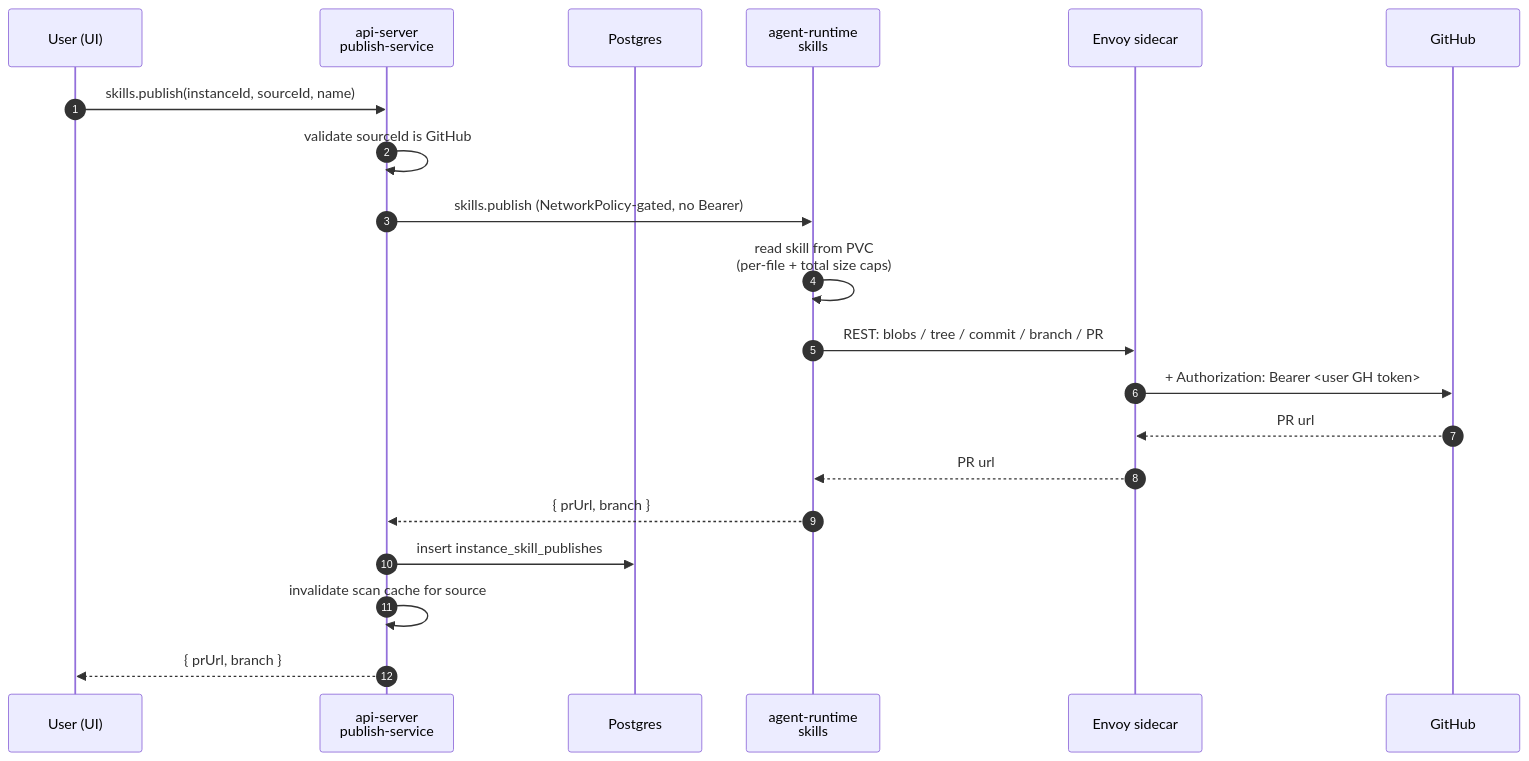
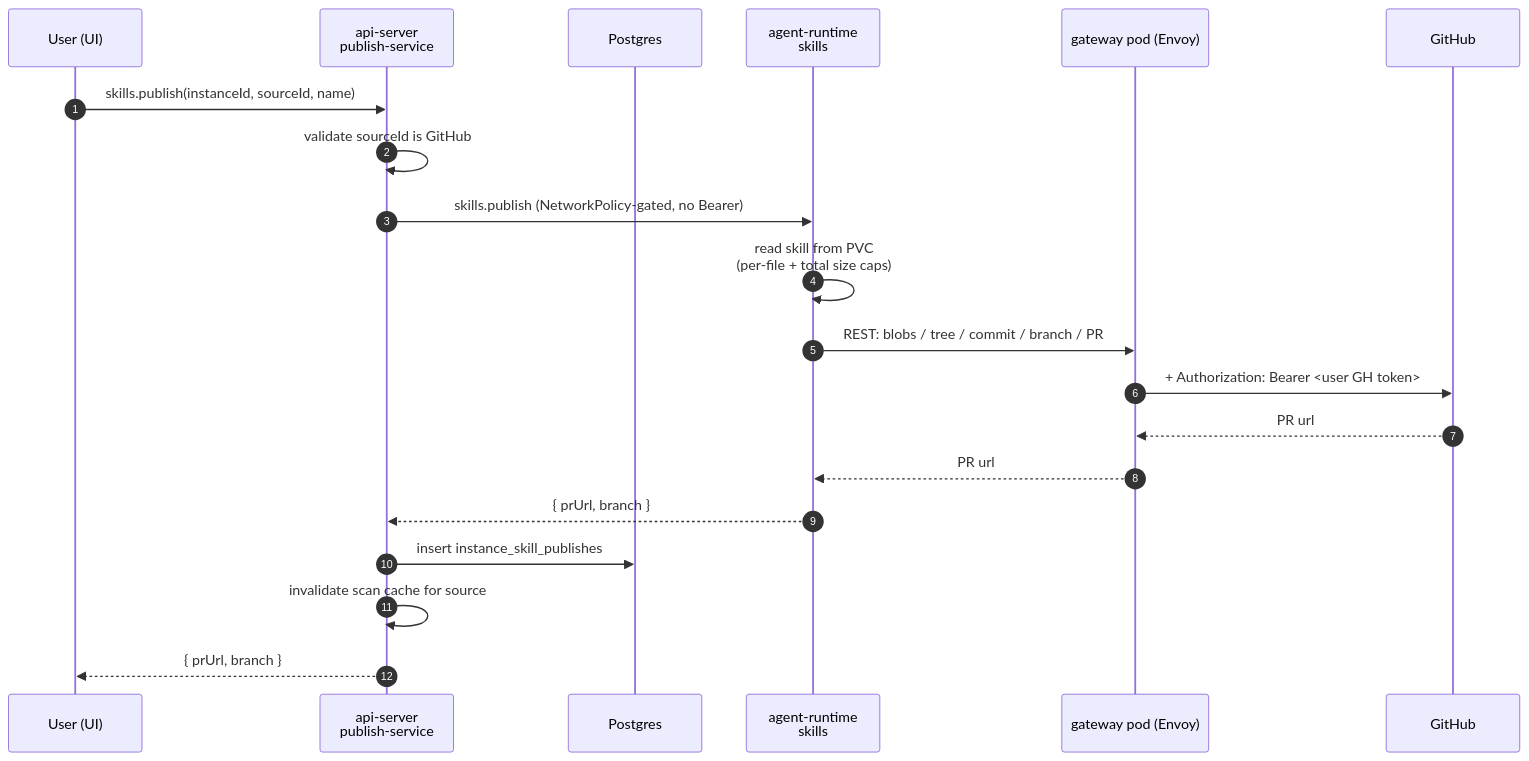
One commit to subbyte/dam changed the third of 3 diagrams in docs/architecture/skills.md. Above: the diagram before and after it, drawn with Mermaid. The commit also changed other lines of this file and 22 other files, not shown here.

````diff
--- a/docs/architecture/skills.md
+++ b/docs/architecture/skills.md
@@ -172,23 +175,23 @@
 ```mermaid
 sequenceDiagram
   autonumber
   participant U as User (UI)
   participant API as api-server<br/>publish-service
   participant DB as Postgres
   participant RT as agent-runtime<br/>skills
-  participant ENV as Envoy sidecar
+  participant ENV as gateway pod (Envoy)
   participant GH as GitHub
 
   U->>API: skills.publish(instanceId, sourceId, name)
   API->>API: validate sourceId is GitHub
   API->>RT: skills.publish (NetworkPolicy-gated, no Bearer)
   RT->>RT: read skill from PVC<br/>(per-file + total size caps)
   RT->>ENV: REST: blobs / tree / commit / branch / PR
   ENV->>GH: + Authorization: Bearer <user GH token>
   GH-->>ENV: PR url
   ENV-->>RT: PR url
   RT-->>API: { prUrl, branch }
   API->>DB: insert instance_skill_publishes
   API->>API: invalidate scan cache for source
   API-->>U: { prUrl, branch }
 ```
````
